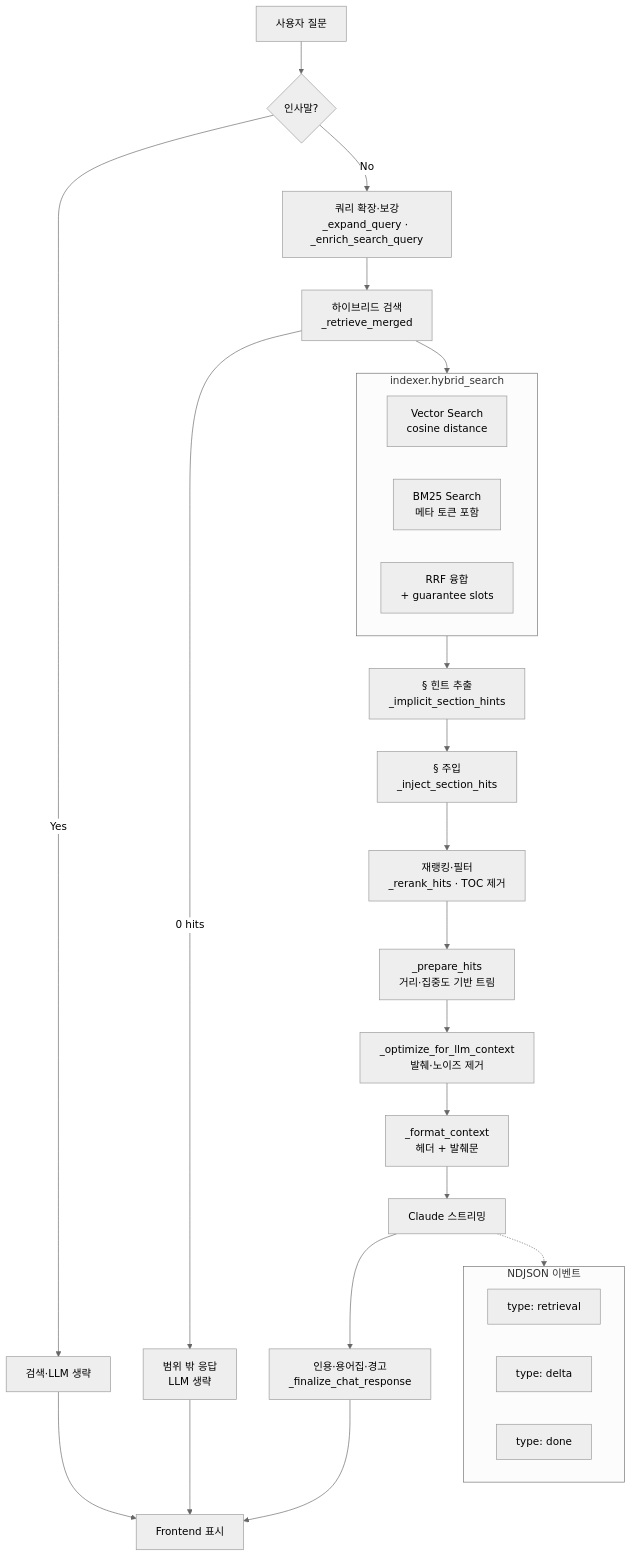
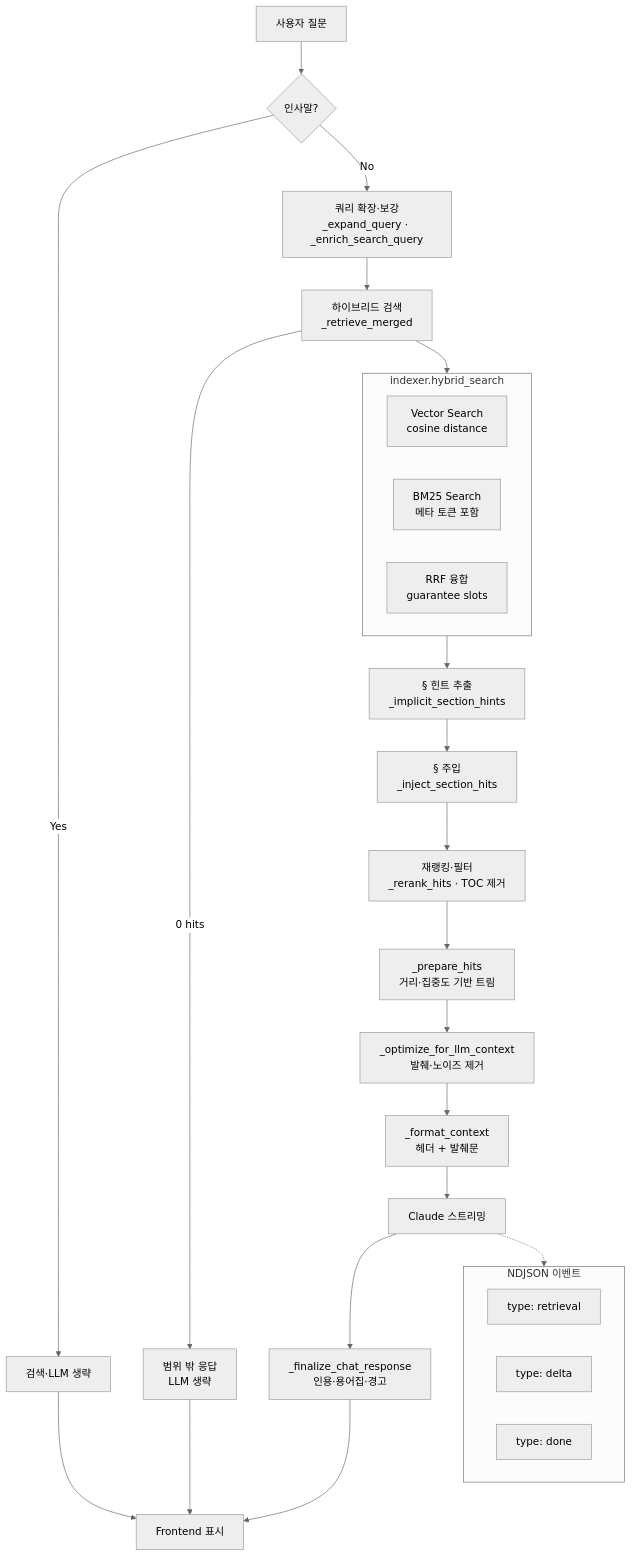
One commit to 2khs21/260701 changed the diagram in docs/architecture/03-query-response-pipeline.md. Above: the diagram before and after it, drawn with Mermaid (neutral theme). The commit also changed 2 other files, not shown here.

Commit message:
fix: architecture mermaid

````diff
--- a/docs/architecture/03-query-response-pipeline.md
+++ b/docs/architecture/03-query-response-pipeline.md
@@ -5,37 +5,37 @@
 ```mermaid
 flowchart TD
     Q[사용자 질문] --> Greet{인사말?}
-    Greet -->|Yes| Skip1[검색·LLM 생략]
-    Greet -->|No| Expand[쿼리 확장·보강\n_expand_query · _enrich_search_query]
+    Greet -->|Yes| Skip1["검색·LLM 생략"]
+    Greet -->|No| Expand["쿼리 확장·보강<br/>_expand_query · _enrich_search_query"]
 
-    Expand --> Retrieve[하이브리드 검색\n_retrieve_merged]
+    Expand --> Retrieve["하이브리드 검색<br/>_retrieve_merged"]
 
     subgraph Hybrid["indexer.hybrid_search"]
-        V[Vector Search\ncosine distance]
-        B[BM25 Search\n메타 토큰 포함]
-        RRF[RRF 융합\n+ guarantee slots]
+        V["Vector Search<br/>cosine distance"]
+        B["BM25 Search<br/>메타 토큰 포함"]
+        RRF["RRF 융합<br/>guarantee slots"]
     end
 
     Retrieve --> Hybrid
-    Hybrid --> Hints[§ 힌트 추출\n_implicit_section_hints]
-    Hints --> Inject[§ 주입\n_inject_section_hits]
-    Inject --> Rerank[재랭킹·필터\n_rerank_hits · TOC 제거]
-    Rerank --> Prep[_prepare_hits\n거리·집중도 기반 트림]
-    Prep --> Opt[_optimize_for_llm_context\n발췌·노이즈 제거]
-    Opt --> Ctx[_format_context\n헤더 + 발췌문]
+    Hybrid --> Hints["§ 힌트 추출<br/>_implicit_section_hints"]
+    Hints --> Inject["§ 주입<br/>_inject_section_hits"]
+    Inject --> Rerank["재랭킹·필터<br/>_rerank_hits · TOC 제거"]
+    Rerank --> Prep["_prepare_hits<br/>거리·집중도 기반 트림"]
+    Prep --> Opt["_optimize_for_llm_context<br/>발췌·노이즈 제거"]
+    Opt --> Ctx["_format_context<br/>헤더 + 발췌문"]
     Ctx --> LLM[Claude 스트리밍]
-    LLM --> Post[인용·용어집·경고\n_finalize_chat_response]
+    LLM --> Post["_finalize_chat_response<br/>인용·용어집·경고"]
 
-    Retrieve -->|0 hits| OOS[범위 밖 응답\nLLM 생략]
+    Retrieve -->|0 hits| OOS["범위 밖 응답<br/>LLM 생략"]
     Skip1 --> UI[Frontend 표시]
     Post --> UI
     OOS --> UI
 
     subgraph StreamEvents["NDJSON 이벤트"]
-        E1[type: retrieval]
-        E2[type: delta]
-        E3[type: done]
+        E1["type: retrieval"]
+        E2["type: delta"]
+        E3["type: done"]
     end
 
     LLM -.-> StreamEvents
 ```
````
